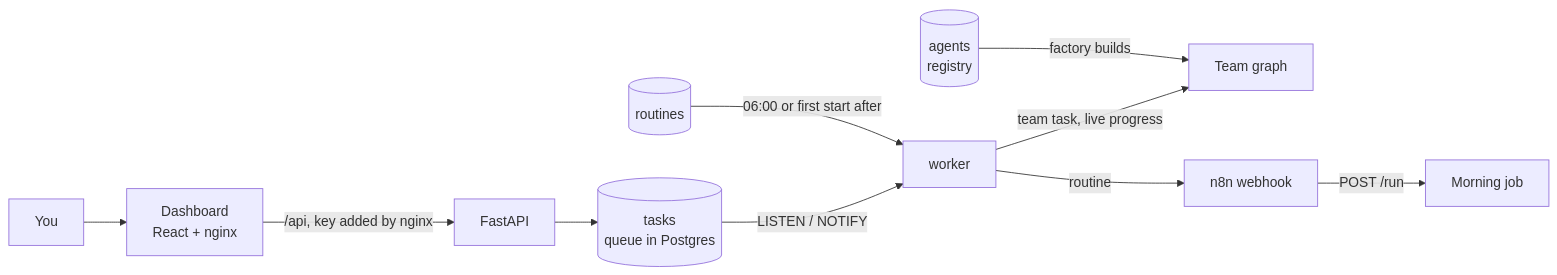
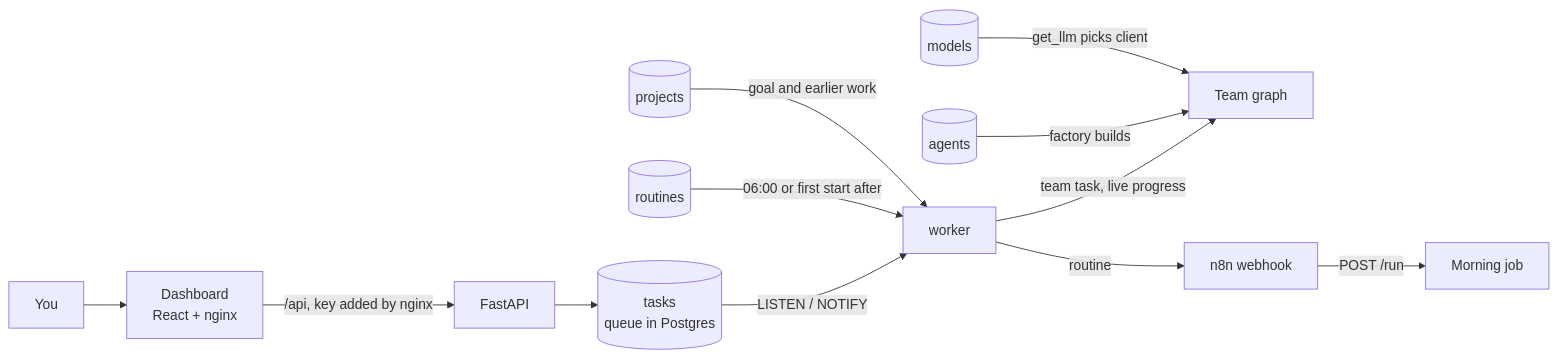
Before and after one commit to JTTrinborg/hephaestus: the first of 4 diagrams in README.md, drawn with Mermaid. The commit also changed other lines of this file and 19 other files, not shown here.

````diff
--- a/README.md
+++ b/README.md
@@ -15,12 +15,14 @@
 ```mermaid
 flowchart LR
     YOU[You] --> D[Dashboard<br/>React + nginx]
     D -->|/api, key added by nginx| API[FastAPI]
     API --> Q[(tasks<br/>queue in Postgres)]
     Q -->|LISTEN / NOTIFY| W[worker]
     R[(routines)] -->|06:00 or first start after| W
+    P[(projects)] -->|goal and earlier work| W
     W -->|team task, live progress| T[Team graph]
     W -->|routine| N8N[n8n webhook]
-    REG[(agents<br/>registry)] -->|factory builds| T
+    REG[(agents)] -->|factory builds| T
+    M[(models)] -->|get_llm picks client| T
     N8N -->|POST /run| MJ[Morning job]
 ```
````
